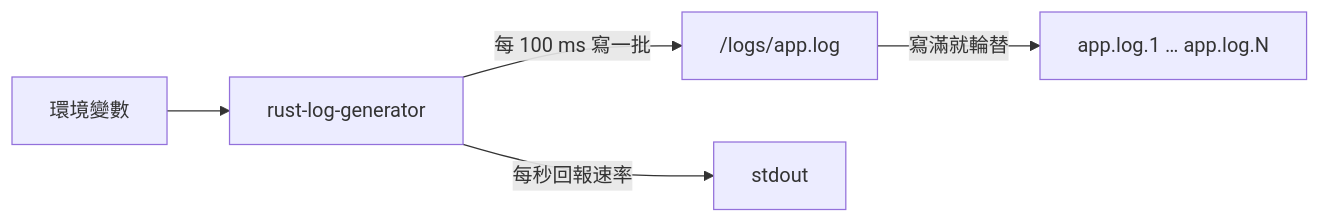
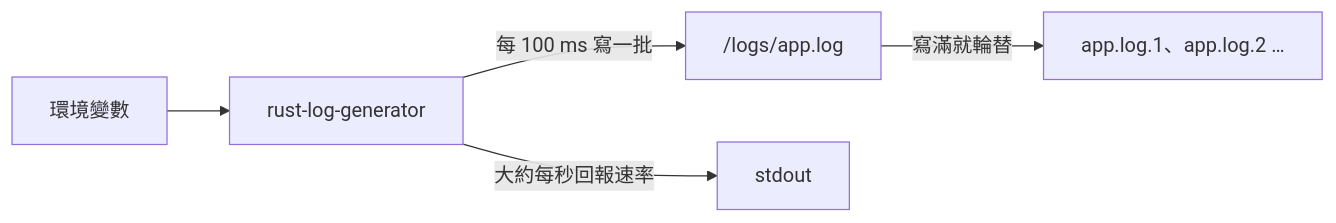
One commit to braveantony/rust-log-generator changed the diagram in README.md. Above: the diagram before and after it, drawn with Mermaid. The commit also changed other lines of this file and 1 other file, not shown here.

````diff
--- a/README.md
+++ b/README.md
@@ -89,7 +114,7 @@
 ```mermaid
 flowchart LR
     env["環境變數"] --> app["rust-log-generator"]
     app -- "每 100 ms 寫一批" --> active["/logs/app.log"]
-    active -- "寫滿就輪替" --> rotated["app.log.1 … app.log.N"]
-    app -- "每秒回報速率" --> stdout["stdout"]
+    active -- "寫滿就輪替" --> rotated["app.log.1、app.log.2 …"]
+    app -- "大約每秒回報速率" --> stdout["stdout"]
 ```
````
